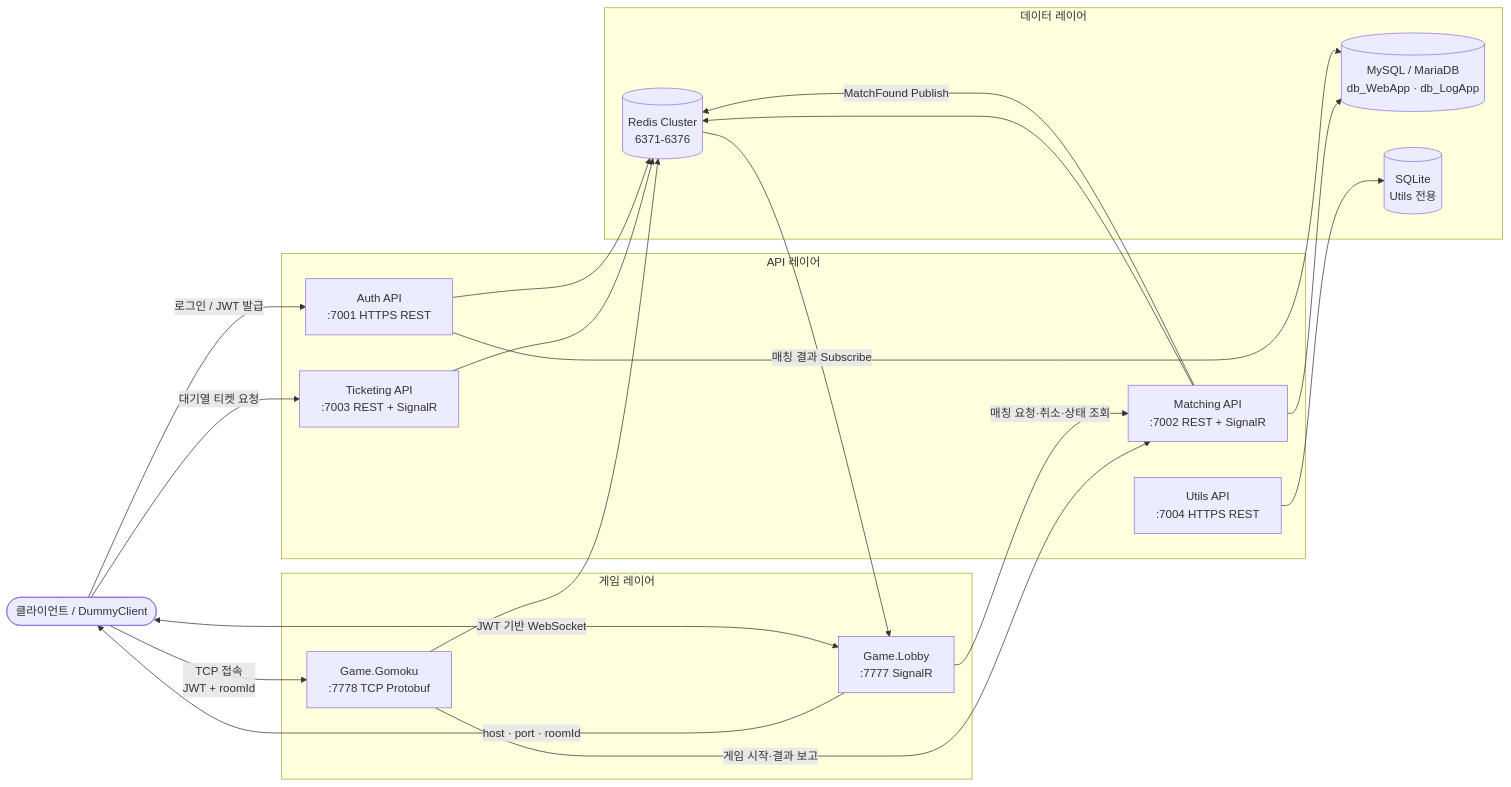
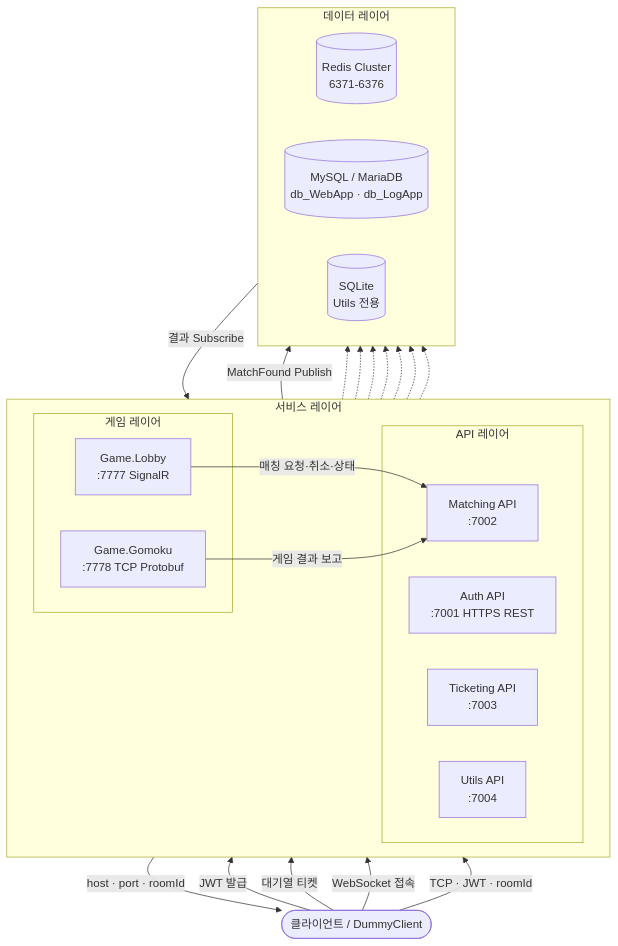
The first of 2 diagrams in README.md (rumdice/platformA), drawn with Mermaid before and after one commit. The commit also changed 3 other files, not shown here.

First line of the commit message:
docs: 아키텍처 Mermaid 다이어그램 레이아웃 개선

````diff
--- a/README.md
+++ b/README.md
@@ -19,42 +19,42 @@
 ```mermaid
-flowchart LR
+flowchart TB
     Client(["클라이언트 / DummyClient"])
 
-    subgraph API["API 레이어"]
-        Auth["Auth API\n:7001 HTTPS REST"]
-        Ticket["Ticketing API\n:7003 REST + SignalR"]
-        Match["Matching API\n:7002 REST + SignalR"]
-        Utils["Utils API\n:7004 HTTPS REST"]
-    end
-
-    subgraph Game["게임 레이어"]
-        Lobby["Game.Lobby\n:7777 SignalR"]
-        Gomoku["Game.Gomoku\n:7778 TCP Protobuf"]
+    subgraph Svc["서비스 레이어"]
+        direction LR
+        subgraph API["API 레이어"]
+            Auth["Auth API\n:7001 HTTPS REST"]
+            Ticket["Ticketing API\n:7003"]
+            Match["Matching API\n:7002"]
+            Utils["Utils API\n:7004"]
+        end
+        subgraph Game["게임 레이어"]
+            Lobby["Game.Lobby\n:7777 SignalR"]
+            Gomoku["Game.Gomoku\n:7778 TCP Protobuf"]
+        end
     end
 
     subgraph Data["데이터 레이어"]
+        direction LR
         Redis[("Redis Cluster\n6371-6376")]
         MySQL[("MySQL / MariaDB\ndb_WebApp · db_LogApp")]
         SQLite[("SQLite\nUtils 전용")]
     end
 
-    Client -->|로그인 / JWT 발급| Auth
-    Client -->|대기열 티켓 요청| Ticket
-    Client <-->|JWT 기반 WebSocket| Lobby
+    Client -->|JWT 발급| Auth
+    Client -->|대기열 티켓| Ticket
+    Client -->|WebSocket 접속| Lobby
+    Client -->|TCP · JWT · roomId| Gomoku
 
-    Lobby -->|매칭 요청·취소·상태 조회| Match
+    Lobby -->|매칭 요청·취소·상태| Match
     Match -->|MatchFound Publish| Redis
-    Redis -->|매칭 결과 Subscribe| Lobby
+    Redis -->|결과 Subscribe| Lobby
     Lobby -->|host · port · roomId| Client
+    Gomoku -->|게임 결과 보고| Match
 
-    Client -->|TCP 접속\nJWT + roomId| Gomoku
-    Gomoku -->|게임 시작·결과 보고| Match
-
-    Auth --> Redis
-    Auth --> MySQL
-    Ticket --> Redis
-    Match --> Redis
-    Match --> MySQL
-    Gomoku --> Redis
-    Utils --> SQLite
+    Auth -.-> Redis & MySQL
+    Ticket -.-> Redis
+    Match -.-> Redis & MySQL
+    Gomoku -.-> Redis
+    Utils -.-> SQLite
 ```
````
